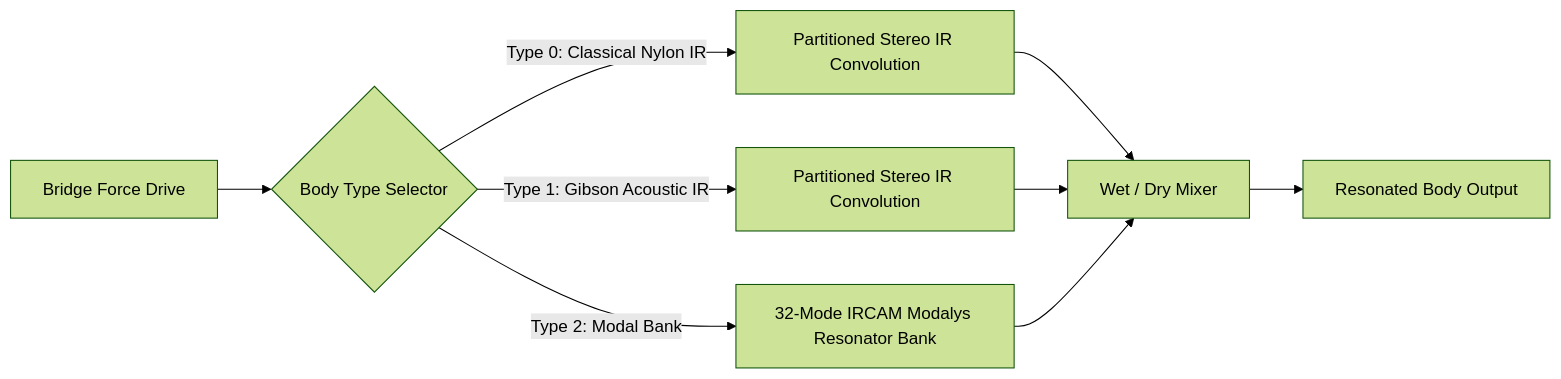
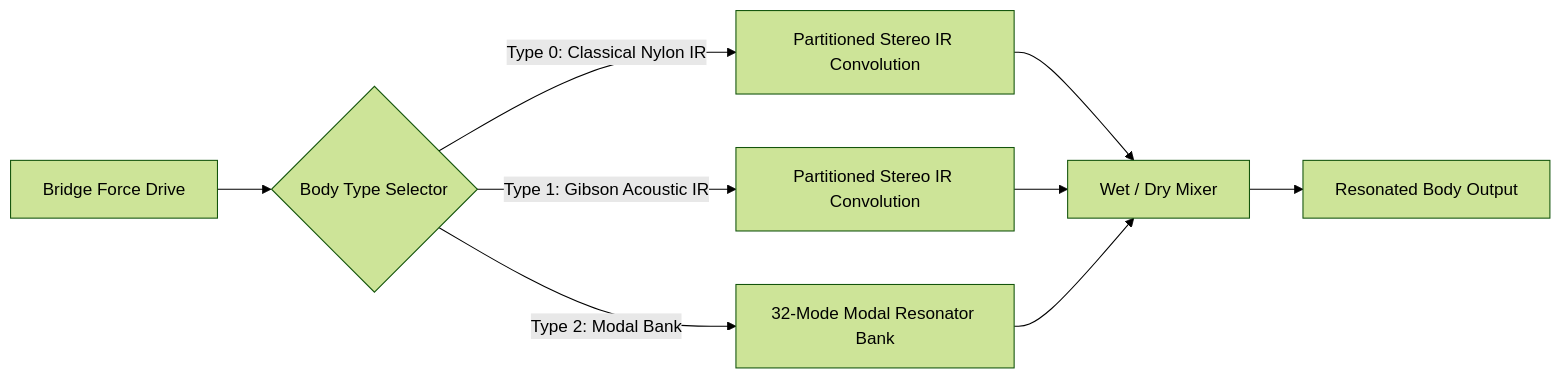
The diagram in docs/wiki/04_body_and_bridge_acoustics.md (KhoiLe12/Capstone), drawn with Mermaid (forest theme) before and after one commit. The commit also changed other lines of this file and 12 other files, not shown here.

````diff
--- a/docs/wiki/04_body_and_bridge_acoustics.md
+++ b/docs/wiki/04_body_and_bridge_acoustics.md
@@ -37,12 +37,12 @@
 ```mermaid
 flowchart LR
     BridgeForce[Bridge Force Drive] --> BodySelect{Body Type Selector}
     BodySelect -->|Type 0: Classical Nylon IR| IRConv0[Partitioned Stereo IR Convolution]
     BodySelect -->|Type 1: Gibson Acoustic IR| IRConv1[Partitioned Stereo IR Convolution]
-    BodySelect -->|Type 2: Modal Bank| Modal32[32-Mode IRCAM Modalys Resonator Bank]
+    BodySelect -->|Type 2: Modal Bank| Modal32[32-Mode Modal Resonator Bank]
     
     IRConv0 --> WetMix[Wet / Dry Mixer]
     IRConv1 --> WetMix
     Modal32 --> WetMix
     WetMix --> BodyOut[Resonated Body Output]
 ```
````
